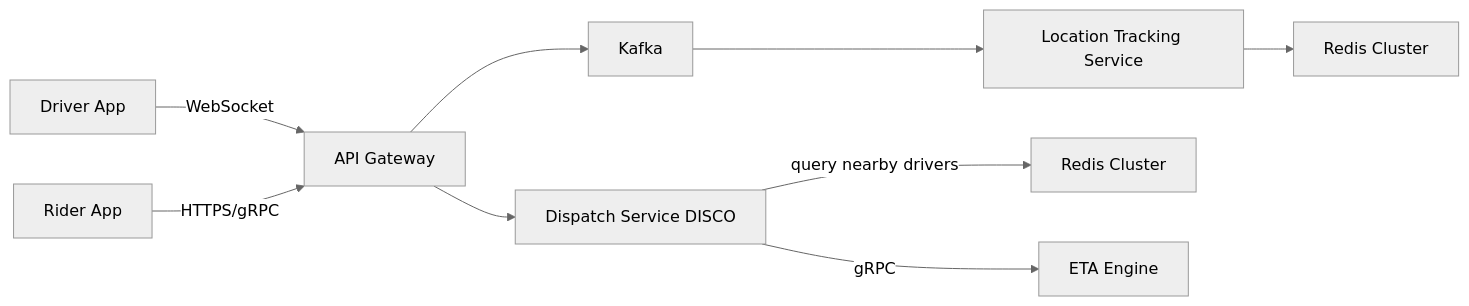
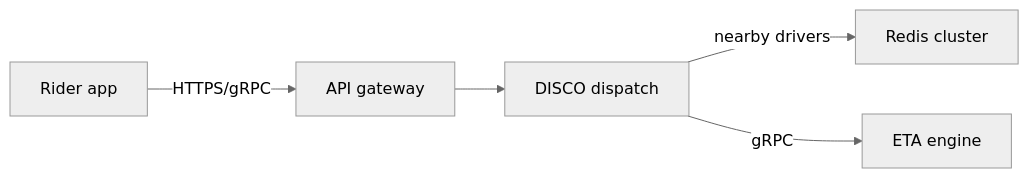
Before and after one commit to Chandra179/atlas: the fourth of 11 diagrams in blog/astro/src/content/docs/uber-architecture.md, drawn with Mermaid (neutral theme). The commit also changed other lines of this file and 6 other files, not shown here.

````diff
--- a/blog/astro/src/content/docs/uber-architecture.md
+++ b/blog/astro/src/content/docs/uber-architecture.md
@@ -143,11 +155,7 @@
 ```mermaid
 graph LR
-    DA[Driver App] -->|WebSocket| AG[API Gateway]
-    AG --> K[Kafka]
-    K --> LTS[Location Tracking Service]
-    LTS --> RC1[Redis Cluster]
-    RA[Rider App] -->|HTTPS/gRPC| AG
-    AG --> DISCO[Dispatch Service DISCO]
-    DISCO -->|query nearby drivers| RC2[Redis Cluster]
-    DISCO -->|gRPC| ETA[ETA Engine]
+    RA[Rider app] -->|HTTPS/gRPC| AG[API gateway]
+    AG --> DISCO[DISCO dispatch]
+    DISCO -->|nearby drivers| RC2[Redis cluster]
+    DISCO -->|gRPC| ETA[ETA engine]
 ```
````
